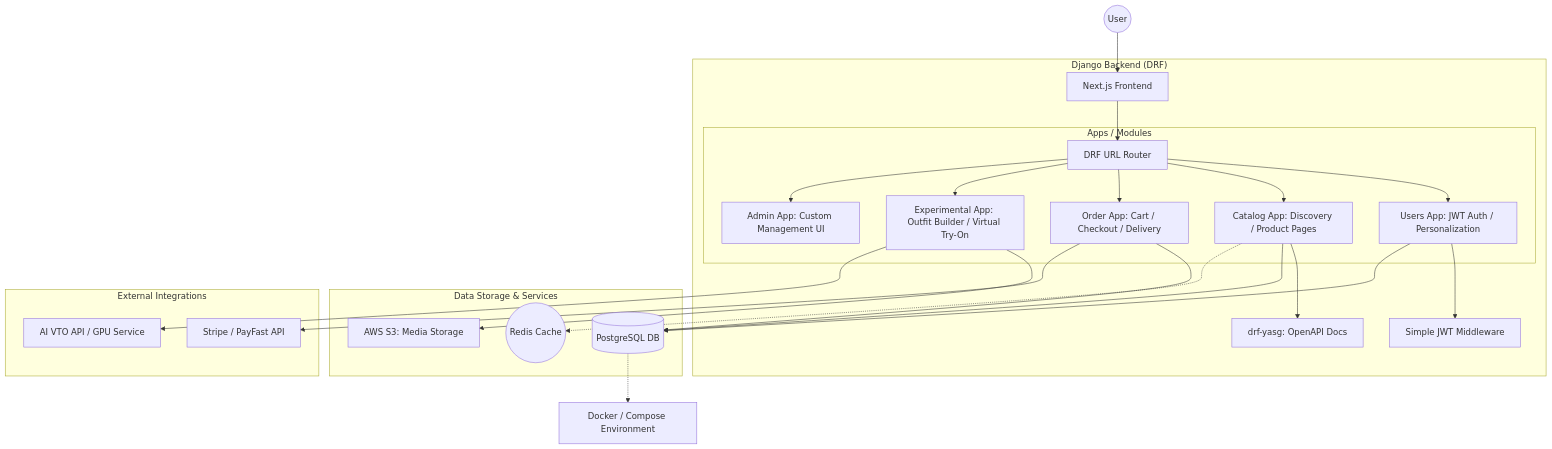
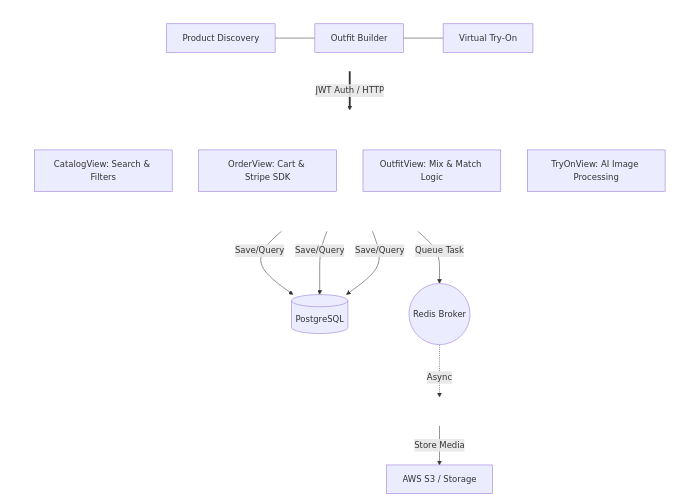
The diagram in README.md (NgangaKamau3/alx-project-nexus), drawn with Mermaid before and after one commit.

Commit message:
Edit system architecture diagram

````diff
--- a/README.md
+++ b/README.md
@@ -17,35 +17,40 @@
 ```mermaid
 graph TB
-    %% Client Layer
-    User((User)) --> WebApp[Next.js Frontend]
+    %% Styling for the 'Elegant' Boxes
+    classDef box fill:none,stroke:#fff,stroke-width:1px,color:#fff;
+    classDef dashed stroke-dasharray: 5 5;
 
-    subgraph "Django Backend (DRF)"
-        WebApp --> Router[DRF URL Router]
-        
-        subgraph "Apps / Modules"
-            Router --> UsersApp[Users App: JWT Auth / Personalization]
-            Router --> CatalogApp[Catalog App: Discovery / Product Pages]
-            Router --> OrderApp[Order App: Cart / Checkout / Delivery]
-            Router --> FeatureApp[Experimental App: Outfit Builder / Virtual Try-On]
-            Router --> AdminApp[Admin App: Custom Management UI]
-        end
-
-        %% Middleware & Tools
-        UsersApp --> SimpleJWT[Simple JWT Middleware]
-        CatalogApp --> Swagger[drf-yasg: OpenAPI Docs]
+    subgraph Client ["CLIENT (Next.js / Tailwind CSS)"]
+        direction LR
+        UI1[Product Discovery] --- UI2[Outfit Builder] --- UI3[Virtual Try-On]
     end
 
-    subgraph "Data Storage & Services"
-        UsersApp & CatalogApp & OrderApp --> Postgres[(PostgreSQL DB)]
-        CatalogApp -.-> Redis((Redis Cache))
-        FeatureApp --> S3[AWS S3: Media Storage]
+    %% API Layer based on Django REST Framework
+    subgraph Django ["DJANGO API SERVER (DRF)"]
+        direction TB
+        subgraph Views ["Views / Serializers"]
+            V1[CatalogView: Search & Filters]
+            V2[OrderView: Cart & Stripe SDK]
+            V3[OutfitView: Mix & Match Logic]
+            V4[TryOnView: AI Image Processing]
+        end
     end
 
-    subgraph "External Integrations"
-        OrderApp --> Stripe[Stripe / PayFast API]
-        FeatureApp --> TryOnAI[AI VTO API / GPU Service]
+    %% Data & Task Layer
+    subgraph Storage ["PostgreSQL & Task Layer"]
+        DB[(PostgreSQL)]
+        Redis((Redis Broker))
     end
 
-    %% Infrastructure
-    Postgres -.-> Docker[Docker / Compose Environment]
+    Worker[Celery Worker]
+
+    %% Connections and Data Flow
+    Client ==>|JWT Auth / HTTP| Django
+    V1 & V2 & V3 -->|Save/Query| DB
+    V4 -->|Queue Task| Redis
+    Redis -.->|Async| Worker
+    Worker -->|Store Media| S3[AWS S3 / Storage]
+
+    %% Apply Style Classes
+    class Client,Django,Views,Storage,Worker box;
 ```
````
